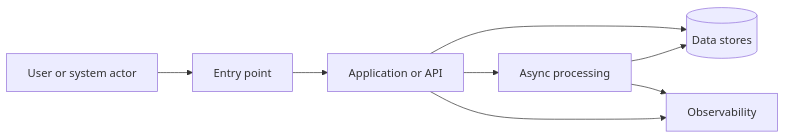
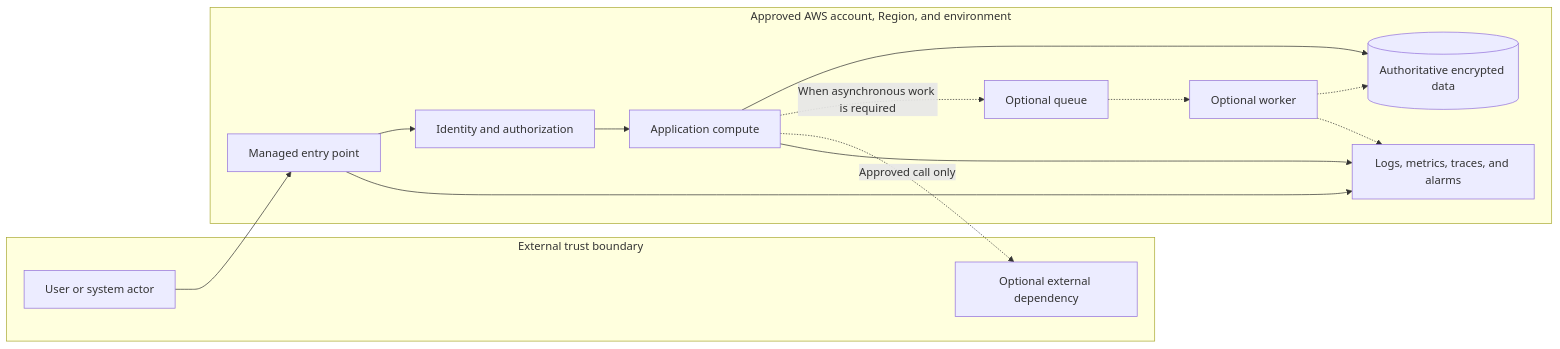
One commit to Levi-Breedlove/aws-bootstrap changed the second of 5 diagrams in docs/project/PRD.md. Above: the diagram before and after it, drawn with Mermaid. The commit also changed other lines of this file and 25 other files, not shown here.

````diff
--- a/docs/project/PRD.md
+++ b/docs/project/PRD.md
@@ -500,16 +554,27 @@
 ```mermaid
 flowchart LR
-    User[User or system actor]
-    Edge[Entry point]
-    App[Application or API]
-    Async[Async processing]
-    Data[(Data stores)]
-    Obs[Observability]
+    subgraph External["External trust boundary"]
+        Actor[User or system actor]
+        ExternalDependency[Optional external dependency]
+    end
 
-    User --> Edge --> App
+    subgraph AWS["Approved AWS account, Region, and environment"]
+        Entry[Managed entry point]
+        Identity[Identity and authorization]
+        App[Application compute]
+        Queue[Optional queue]
+        Worker[Optional worker]
+        Data[(Authoritative encrypted data)]
+        Obs[Logs, metrics, traces, and alarms]
+    end
+
+    Actor --> Entry --> Identity --> App
     App --> Data
-    App --> Async
-    Async --> Data
+    App -. When asynchronous work is required .-> Queue
+    Queue -.-> Worker
+    Worker -.-> Data
+    App -. Approved call only .-> ExternalDependency
+    Entry --> Obs
     App --> Obs
-    Async --> Obs
+    Worker -.-> Obs
 ```
````
